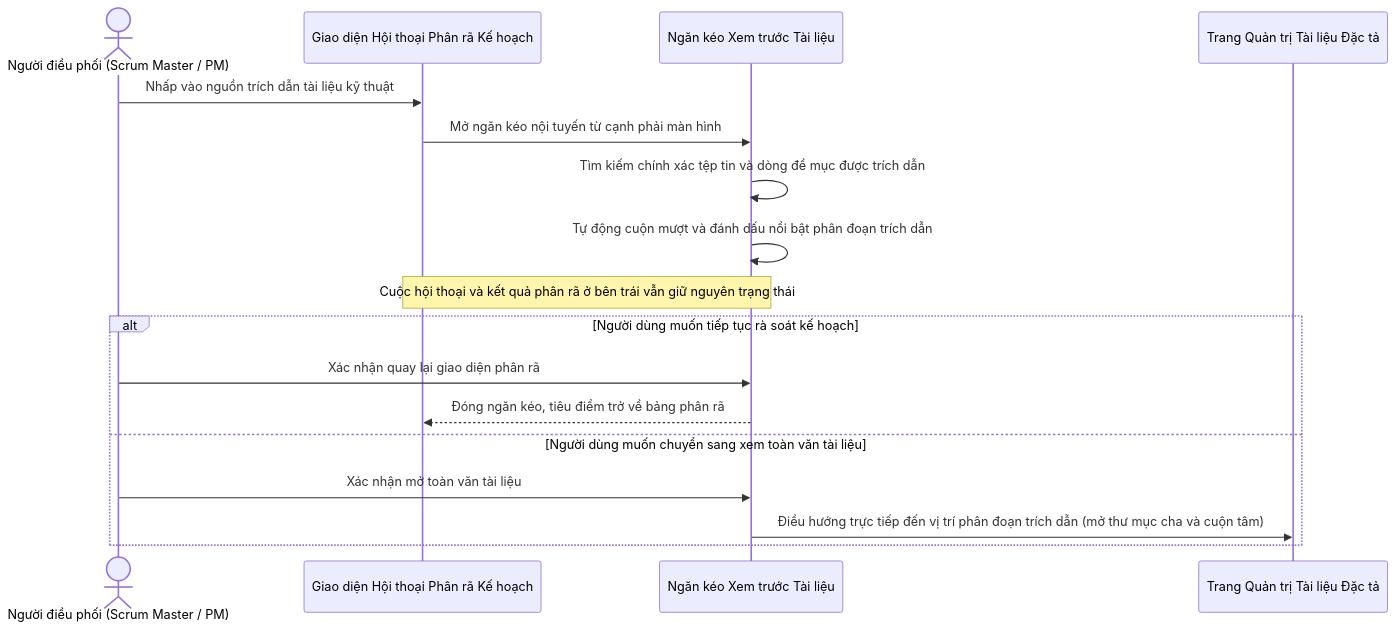
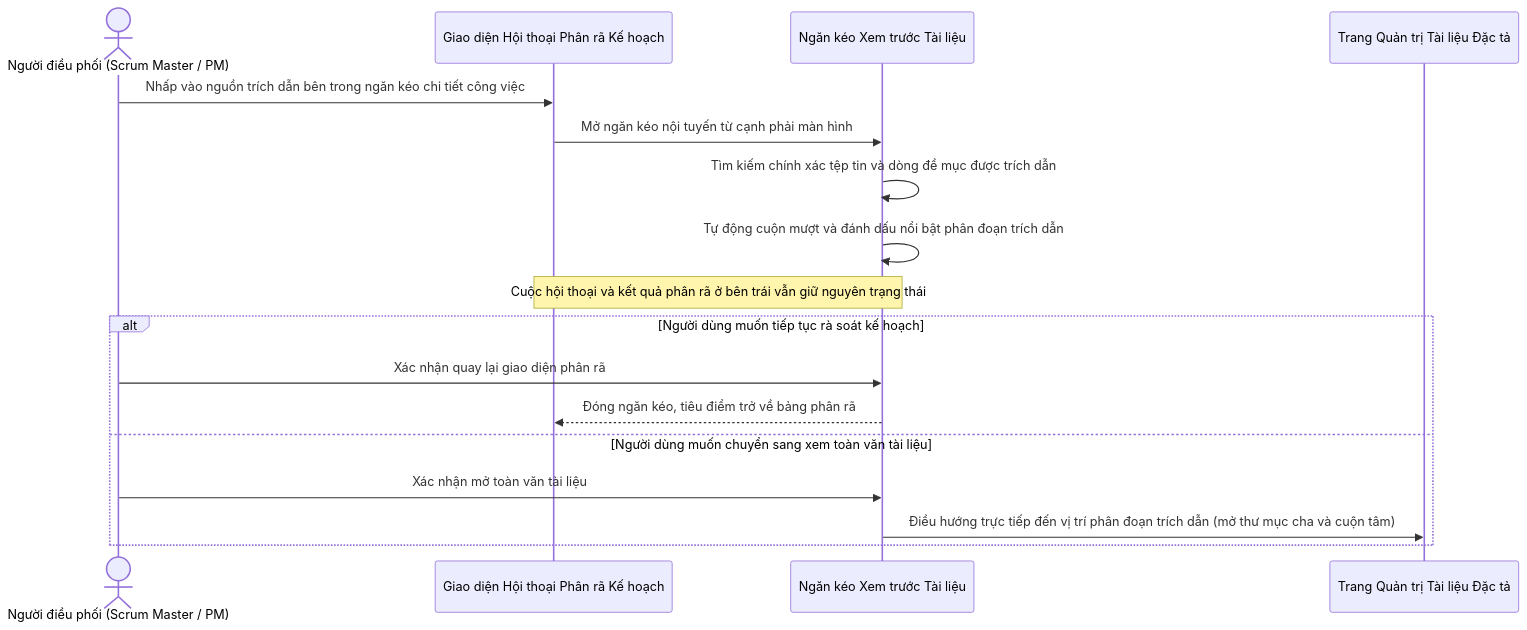
Before and after one commit to TranHoang2k40525/ProjectMgmt: the third of 3 diagrams in docs/ai/04-rag-va-spec-hub-grounding.md, drawn with Mermaid. The commit also changed other lines of this file and 25 other files, not shown here.

Commit message:
feat(ui-ai): tối ưu bố cục giảm khoảng trắng, lược bỏ hiển thị trùng lặp và đồng bộ đầy đủ dữ liệu AI sang chi tiết Backlog

````diff
--- a/docs/ai/04-rag-va-spec-hub-grounding.md
+++ b/docs/ai/04-rag-va-spec-hub-grounding.md
@@ -92,21 +92,21 @@
 ```mermaid
 sequenceDiagram
     actor User as Người điều phối (Scrum Master / PM)
     participant UI as Giao diện Hội thoại Phân rã Kế hoạch
     participant Drawer as Ngăn kéo Xem trước Tài liệu
     participant Hub as Trang Quản trị Tài liệu Đặc tả
 
-    User->>UI: Nhấp vào nguồn trích dẫn tài liệu kỹ thuật
+    User->>UI: Nhấp vào nguồn trích dẫn bên trong ngăn kéo chi tiết công việc
     UI->>Drawer: Mở ngăn kéo nội tuyến từ cạnh phải màn hình
     Drawer->>Drawer: Tìm kiếm chính xác tệp tin và dòng đề mục được trích dẫn
     Drawer->>Drawer: Tự động cuộn mượt và đánh dấu nổi bật phân đoạn trích dẫn
     Note over UI,Drawer: Cuộc hội thoại và kết quả phân rã ở bên trái vẫn giữ nguyên trạng thái
     
     alt Người dùng muốn tiếp tục rà soát kế hoạch
         User->>Drawer: Xác nhận quay lại giao diện phân rã
         Drawer-->>UI: Đóng ngăn kéo, tiêu điểm trở về bảng phân rã
     else Người dùng muốn chuyển sang xem toàn văn tài liệu
         User->>Drawer: Xác nhận mở toàn văn tài liệu
         Drawer->>Hub: Điều hướng trực tiếp đến vị trí phân đoạn trích dẫn (mở thư mục cha và cuộn tâm)
     end
 ```
````
